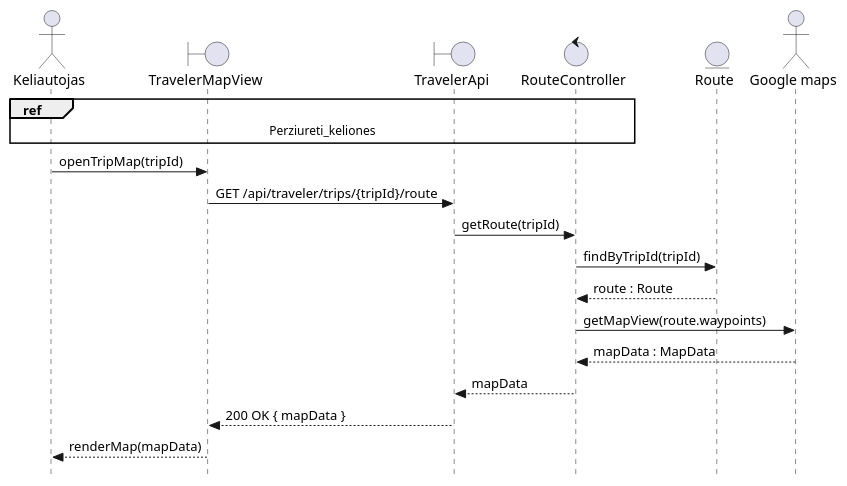
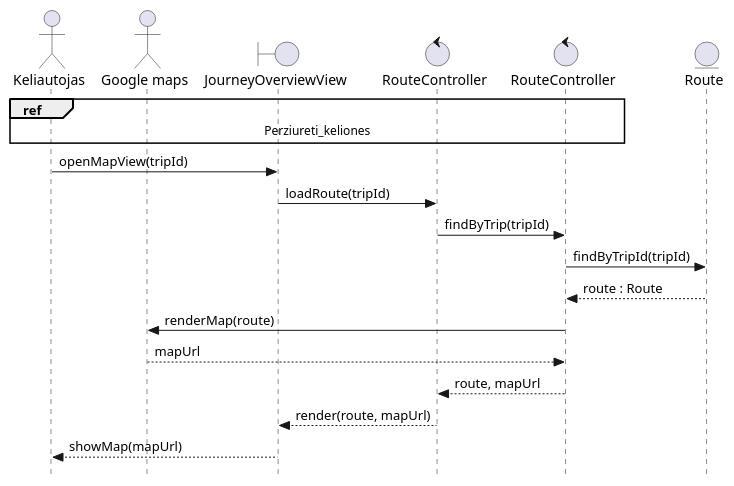
One commit to SauliusDev/ps-projektas changed the diagram in _refs/diagrams-new-quick/sequence/naudotojo_posisteme/Perziureti_kelia_zemelapy.puml. Above: the diagram before and after it, drawn with PlantUML. The commit also changed 86 other files, not shown here.

First line of the commit message:
feat: rewrite P2 sequence/package diagrams with proper BCE components

```diff
--- a/_refs/diagrams-new-quick/sequence/naudotojo_posisteme/Perziureti_kelia_zemelapy.puml
+++ b/_refs/diagrams-new-quick/sequence/naudotojo_posisteme/Perziureti_kelia_zemelapy.puml
@@ -1,23 +1,23 @@
 @startuml Perziureti_kelia_zemelapy
 skinparam style strictuml
 
 actor Keliautojas as A
-boundary TravelerMapView as V
-boundary TravelerApi as API
-control RouteController as C
+actor "Google maps" as GM
+boundary JourneyOverviewView as V
+control RouteController as FEC
+control "RouteController" as BEC
 entity Route as E
-actor "Google maps" as GM
 
-ref over A, V, API, C : Perziureti_keliones
+ref over A, V, FEC, BEC : Perziureti_keliones
 
-A -> V : openTripMap(tripId)
-V -> API : GET /api/traveler/trips/{tripId}/route
-API -> C : getRoute(tripId)
-C -> E : findByTripId(tripId)
-E --> C : route : Route
-C -> GM : getMapView(route.waypoints)
-GM --> C : mapData : MapData
-C --> API : mapData
-API --> V : 200 OK { mapData }
-V --> A : renderMap(mapData)
+A -> V : openMapView(tripId)
+V -> FEC : loadRoute(tripId)
+FEC -> BEC : findByTrip(tripId)
+BEC -> E : findByTripId(tripId)
+E --> BEC : route : Route
+BEC -> GM : renderMap(route)
+GM --> BEC : mapUrl
+BEC --> FEC : route, mapUrl
+FEC --> V : render(route, mapUrl)
+V --> A : showMap(mapUrl)
 @enduml
```
